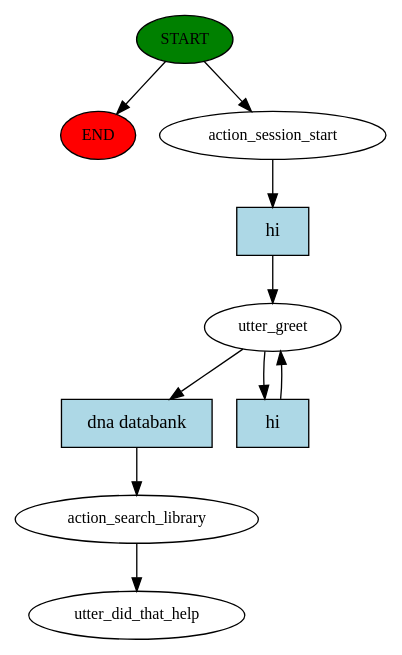
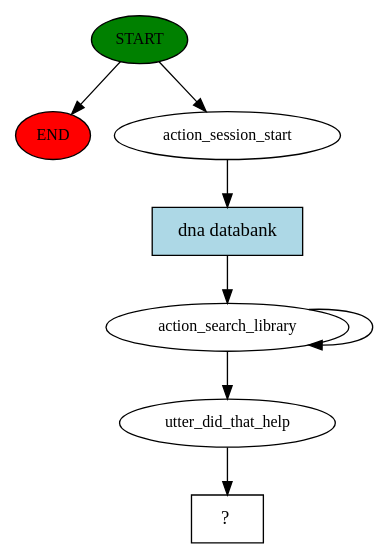
The diagram in story_graph.dot (aoruize/rasa-cfs), drawn with Graphviz before and after one commit. The commit also changed 17 other files, not shown here.

```diff
--- a/story_graph.dot
+++ b/story_graph.dot
@@ -1,20 +1,16 @@
 digraph  {
 0 [class="start active", fillcolor=green, fontsize=12, label=START, style=filled];
 "-1" [class=end, fillcolor=red, fontsize=12, label=END, style=filled];
 1 [class=active, fontsize=12, label=action_session_start];
-2 [class=active, fontsize=12, label=utter_greet];
-4 [class=active, fontsize=12, label=action_search_library];
-5 [class="dashed active", fontsize=12, label=utter_did_that_help];
-6 [class="intent active", fillcolor=lightblue, label=hi, shape=rect, style=filled];
-7 [class="intent active", fillcolor=lightblue, label="dna databank", shape=rect, style=filled];
-8 [class="intent active", fillcolor=lightblue, label=hi, shape=rect, style=filled];
+2 [class=active, fontsize=12, label=action_search_library];
+4 [class=active, fontsize=12, label=utter_did_that_help];
+5 [class="intent dashed active", label="  ?  ", shape=rect];
+6 [class="intent active", fillcolor=lightblue, label="dna databank", shape=rect, style=filled];
 0 -> "-1"  [class="", key=NONE, label=""];
 0 -> 1  [class=active, key=NONE, label=""];
 1 -> 6  [class=active, key=0];
-2 -> 7  [class=active, key=0];
-2 -> 8  [class=active, key=0];
+2 -> 4  [class=active, key=NONE, label=""];
+2 -> 2  [class=active, key=NONE, label=""];
 4 -> 5  [class=active, key=NONE, label=""];
 6 -> 2  [class=active, key=0];
-7 -> 4  [class=active, key=0];
-8 -> 2  [class=active, key=0];
 }
```
